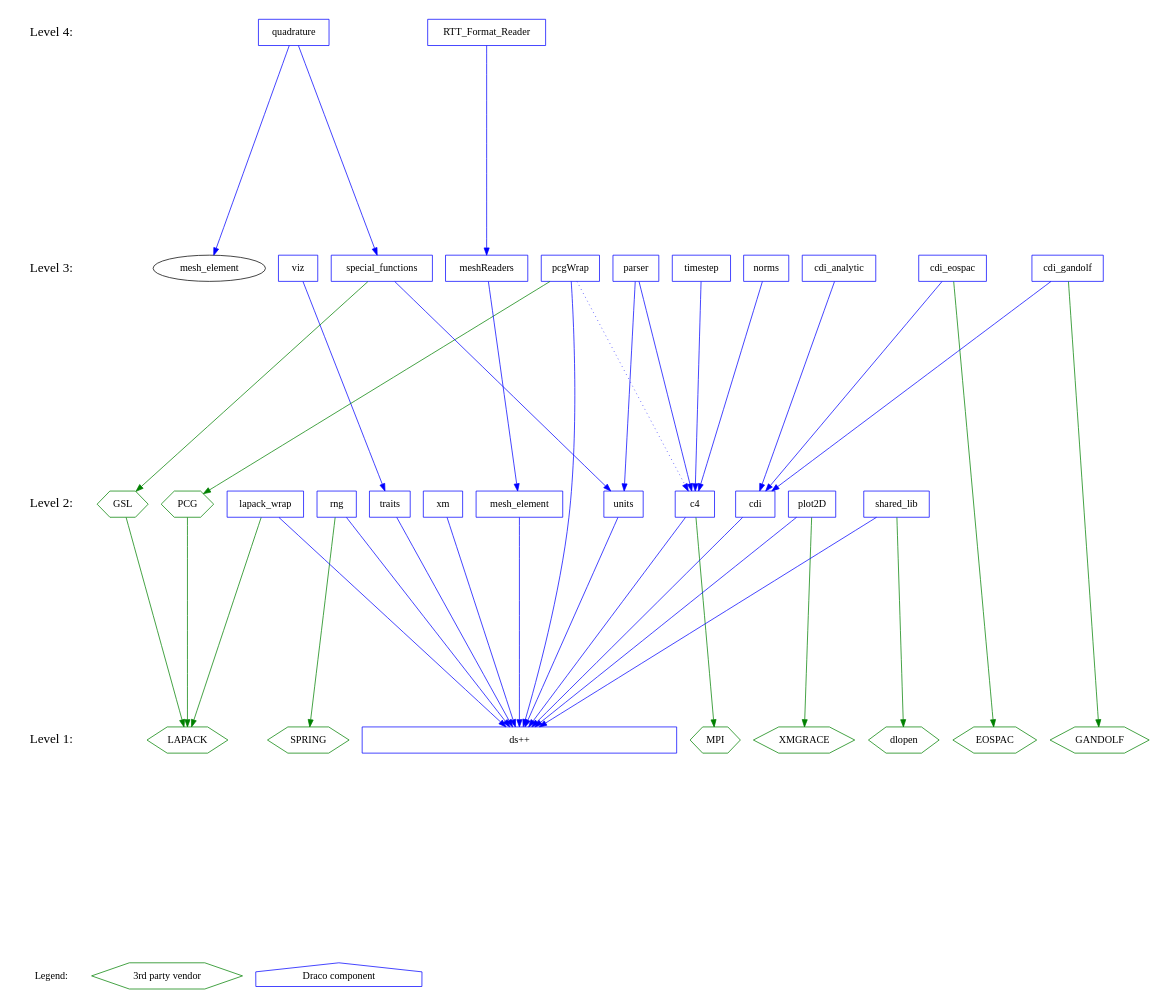
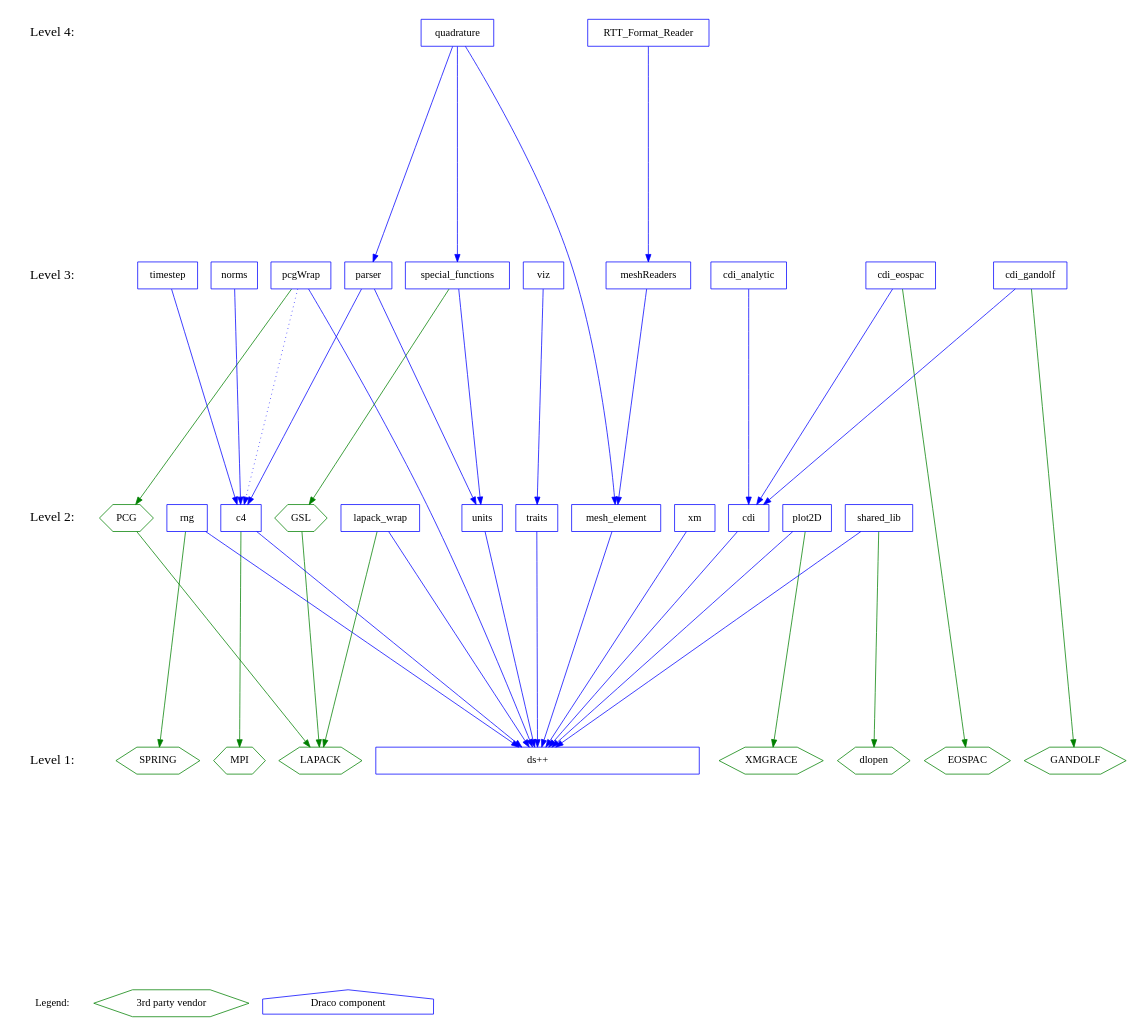
One commit to losalamos/Draco changed the diagram in doc/design/level.dot. Above: the diagram before and after it, drawn with Graphviz. The commit also changed 1 other file, not shown here.

Commit message:
o The quadrature package now depends on parser.

```diff
--- a/doc/design/level.dot
+++ b/doc/design/level.dot
@@ -1,121 +1,121 @@
 digraph draco_level {
     /* graph attributes */
     center=1;
     size="7.5,10";
     ranksep=4;
     
     /* levels */
     legend [shape=plaintext, label="Legend:", fontsize=14];
     level1 [shape=plaintext, label="Level 1:", fontsize=18];
     level2 [shape=plaintext, label="Level 2:", fontsize=18];
     level3 [shape=plaintext, label="Level 3:", fontsize=18];
     level4 [shape=plaintext, label="Level 4:", fontsize=18];
 /*     level5 [shape=plaintext, label="Level 5:", fontsize=18]; */
 /*    level6 [shape=plaintext, label="Level 6:", fontsize=18]; */
     
     /* level6 -> level5 -> */
     level4 -> level3 -> level2 -> level1 -> legend [style=invis];
     
     /* packages */
 
     /* legend */
     leg_vendor [shape=box, label="3rd party vendor", color=green, shape=hexagon];
     leg_draco  [shape=box, label="Draco component",  color=blue,  shape=house ];
 
     /* level 1 */
     vmpi       [shape=hexagon, color=green, label="MPI"];
     vlapack    [shape=hexagon, color=green, label="LAPACK"];
     vgandolf   [shape=hexagon, color=green, label="GANDOLF"];
     veospac    [shape=hexagon, color=green, label="EOSPAC"];
     vgrace     [shape=hexagon, color=green, label="XMGRACE"];
     vspring    [shape=hexagon, color=green, label="SPRING"];
     vdlopen    [shape=hexagon, color=green, label="dlopen"];
         
     dsxx [shape=box, color=blue, label="ds++", width=6];
     
     /* level 2 */
     vgsl       [shape=hexagon, color=green, label="GSL"];
     vpcg       [shape=hexagon, color=green, label="PCG"];
 
     traits [shape=box, color=blue, label="traits"];
     xm     [shape=box, color=blue, label="xm"];
     c4     [shape=box, color=blue, label="c4"];
     rng    [shape=box, color=blue, label="rng"];
     units  [shape=box, color=blue, label="units"];
     cdi    [shape=box, color=blue, label="cdi"];
     meshelement [shape=box, color=blue, label="mesh_element"];
     plot   [shape=box, color=blue, label="plot2D"];
     lapack [shape=box, color=blue, label="lapack_wrap"];
     shlib  [shape=box, color=blue, label="shared_lib"];
         
     /* level 3 */
     viz      [shape=box, color=blue, label="viz"];
     timestep [shape=box, color=blue, label="timestep"];
     cdianal  [shape=box, color=blue, label="cdi_analytic"];
     cdieos   [shape=box, color=blue, label="cdi_eospac"];
     cdigan   [shape=box, color=blue, label="cdi_gandolf"];
     pcg      [shape=box, color=blue, label="pcgWrap"];
     meshread [shape=box, color=blue, label="meshReaders"];
     parser   [shape=box, color=blue, label="parser"];
     norms    [shape=box, color=blue, label="norms"];
     sf       [shape=box, color=blue, label="special_functions"];
     
     /* level 4 */
     quad        [shape=box, color=blue, label="quadrature"];
     rttread     [shape=box, color=blue, label="RTT_Format_Reader"];
     
     /* dependencies */
     {rank=same; legend leg_vendor leg_draco};
     {rank=same; level1 dsxx vlapack vmpi veospac  vgandolf vgrace vspring vdlopen };
     {rank=same; level2 shlib plot lapack traits xm c4 rng units cdi meshelement vgsl vpcg};
     {rank=same; level3 viz timestep cdianal cdieos cdigan pcg meshread parser sf};
     {rank=same; level4 rttread quad};
     
     /* draco packages */
 
     /* NOTE:  hidden dependencies are in comments at the end of each line.
      * For example if a package depends on c4 it implicitly depends on dsxx
      * as well.  The dependency on dsxx is not shown explicitly on the
      * graph. 
     
     /* level 2 */
     xm          -> {dsxx}        [color=blue];
     units       -> {dsxx}        [color=blue];
     traits      -> {dsxx}        [color=blue];
     c4          -> {dsxx}        [color=blue];
     c4          -> {vmpi}        [color="green"];
     rng         -> {dsxx}        [color=blue];
     rng         -> {vspring}     [color="green"];
     cdi         -> {dsxx}        [color=blue];
     meshelement -> {dsxx}        [color=blue];
     plot        -> {dsxx}        [color=blue];
     plot        -> {vgrace}      [color="green"];
     lapack      -> {dsxx}        [color=blue];
     lapack      -> {vlapack}     [color="green"];
     shlib       -> {dsxx}        [color=blue];
     shlib       -> {vdlopen}     [color="green"];
     vgsl        -> {vlapack}     [color="green"];
     vpcg        -> {vlapack}     [color="green"];
     
     /* level 3 */
     viz         -> {traits}      [color=blue];
     timestep    -> {c4}          [color=blue];
     pcg         -> {dsxx}        [color=blue];
     pcg         -> {vpcg}        [color="green"];
     pcg         -> {c4}          [color="blue" style=dotted];
     cdianal     -> {cdi}         [color=blue];
     cdieos      -> {cdi}         [color=blue];
     cdieos      -> {veospac}     [color="green"]; 
     cdigan      -> {cdi}         [color=blue]; 
     cdigan      -> {vgandolf}    [color="green"];
     meshread    -> {meshelement} [color=blue];
     parser      -> {c4 units}    [color=blue];
     norms       -> {c4}          [color=blue];
     sf          -> {units}       [color=blue];
     sf          -> {vgsl}        [color="green"];
 
     /* level 4 */
-    quad        -> {sf mesh_element} [color=blue];
-    rttread     -> {meshread}        [color=blue];
+    quad        -> {sf meshelement parser} [color=blue];
+    rttread     -> {meshread}               [color=blue];
 
 }
```
